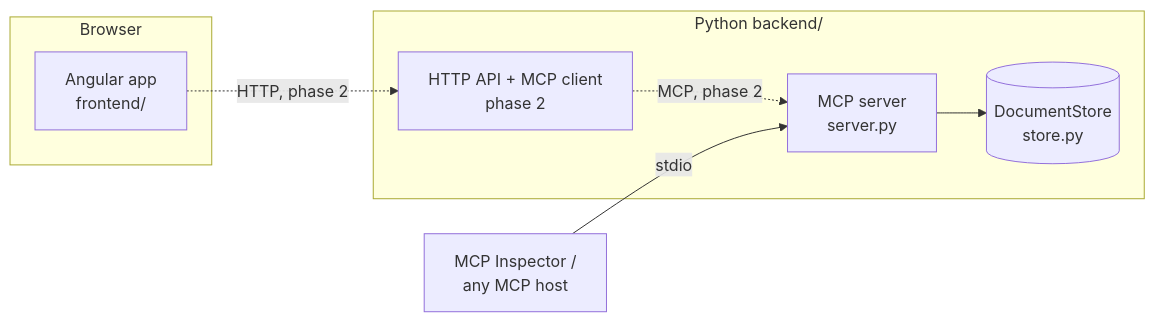
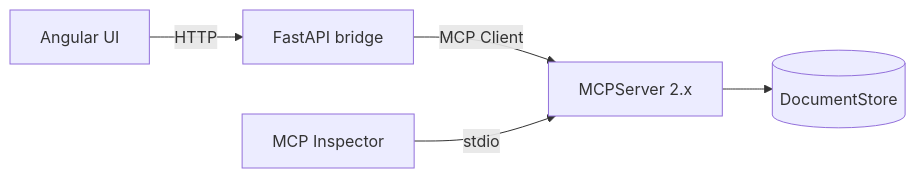
The diagram in docs/architecture.md (Seldir193/mcp-document-workspace), drawn with Mermaid before and after one commit. The commit also changed other lines of this file and 15 other files, not shown here.

Commit message:
feat: connect Angular workspace to MCP client bridge

````diff
--- a/docs/architecture.md
+++ b/docs/architecture.md
@@ -9,17 +7,7 @@
 ```mermaid
 flowchart LR
-    subgraph Browser
-        UI[Angular app<br/>frontend/]
-    end
-
-    subgraph Backend[Python backend/]
-        API[HTTP API + MCP client<br/>phase 2]
-        MCP[MCP server<br/>server.py]
-        Store[(DocumentStore<br/>store.py)]
-    end
-
-    UI -. HTTP, phase 2 .-> API
-    API -. MCP, phase 2 .-> MCP
-    MCP --> Store
-    Inspector[MCP Inspector /<br/>any MCP host] -- stdio --> MCP
+    UI[Angular UI] -->|HTTP| API[FastAPI bridge]
+    API -->|MCP Client| MCP[MCPServer 2.x]
+    MCP --> Store[(DocumentStore)]
+    Inspector[MCP Inspector] -->|stdio| MCP
 ```
````
